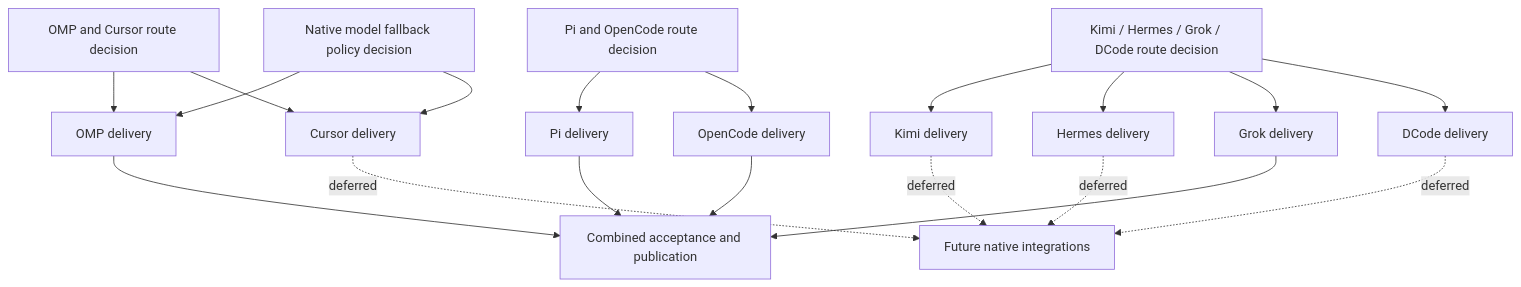
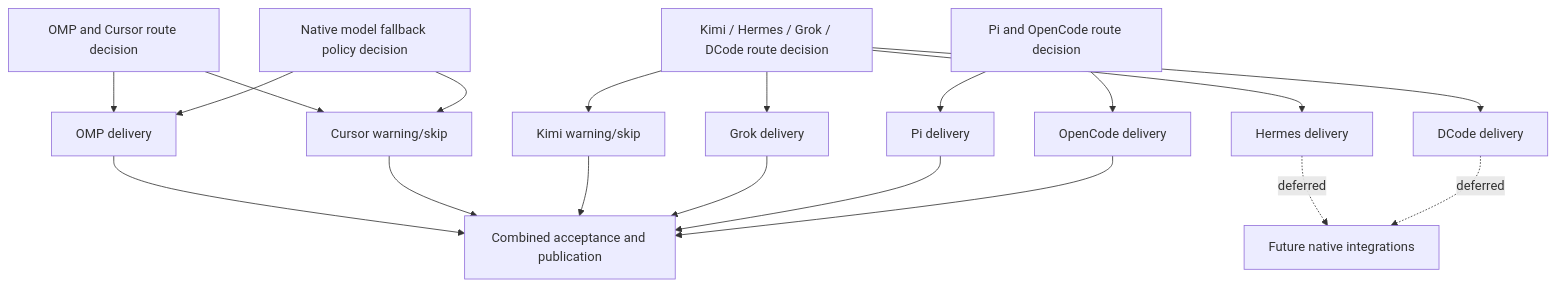
The diagram in tasks/plan.md (archeism/plugnz), drawn with Mermaid before and after one commit. The commit also changed other lines of this file and 20 other files, not shown here.

Commit message:
feat: warn and skip Cursor and Kimi agent components

````diff
--- a/tasks/plan.md
+++ b/tasks/plan.md
@@ -18,21 +18,21 @@
 ```mermaid
 flowchart TD
   A[OMP and Cursor route decision] --> O[OMP delivery]
-  A --> C[Cursor delivery]
+  A --> C[Cursor warning/skip]
   M[Native model fallback policy decision] --> O
   M --> C
-  B[Kimi / Hermes / Grok / DCode route decision] --> K[Kimi delivery]
+  B[Kimi / Hermes / Grok / DCode route decision] --> K[Kimi warning/skip]
   B --> H[Hermes delivery]
   B --> G[Grok delivery]
   B --> D[DCode delivery]
   E[Pi and OpenCode route decision] --> P[Pi delivery]
   E --> OC[OpenCode delivery]
   O --> F[Combined acceptance and publication]
-  C -. deferred .-> TODO[Future native integrations]
-  K -. deferred .-> TODO
-  H -. deferred .-> TODO
+  C --> F
+  K --> F
+  H -. deferred .-> TODO[Future native integrations]
   G --> F
   D -. deferred .-> TODO
   P --> F
   OC --> F
 ```
````
